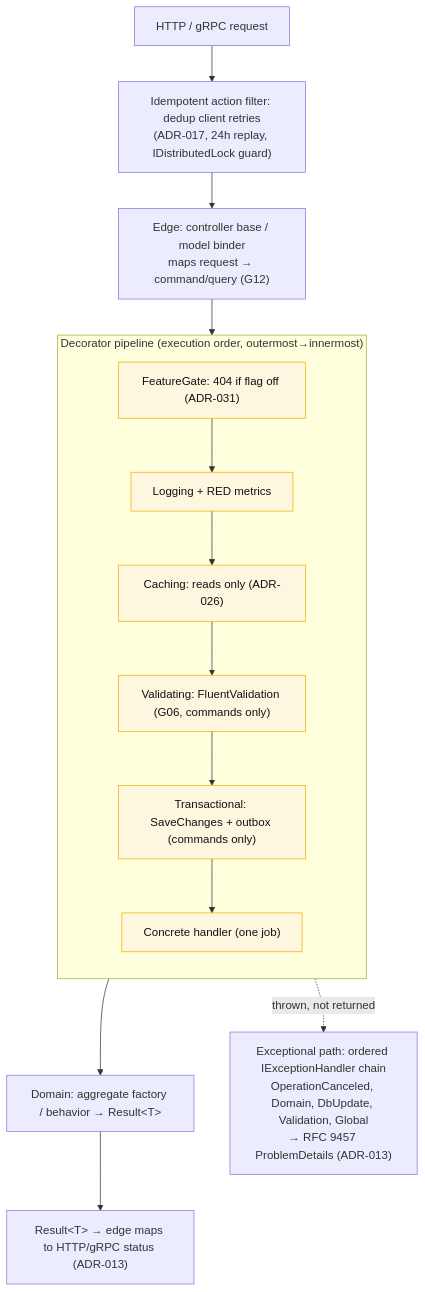
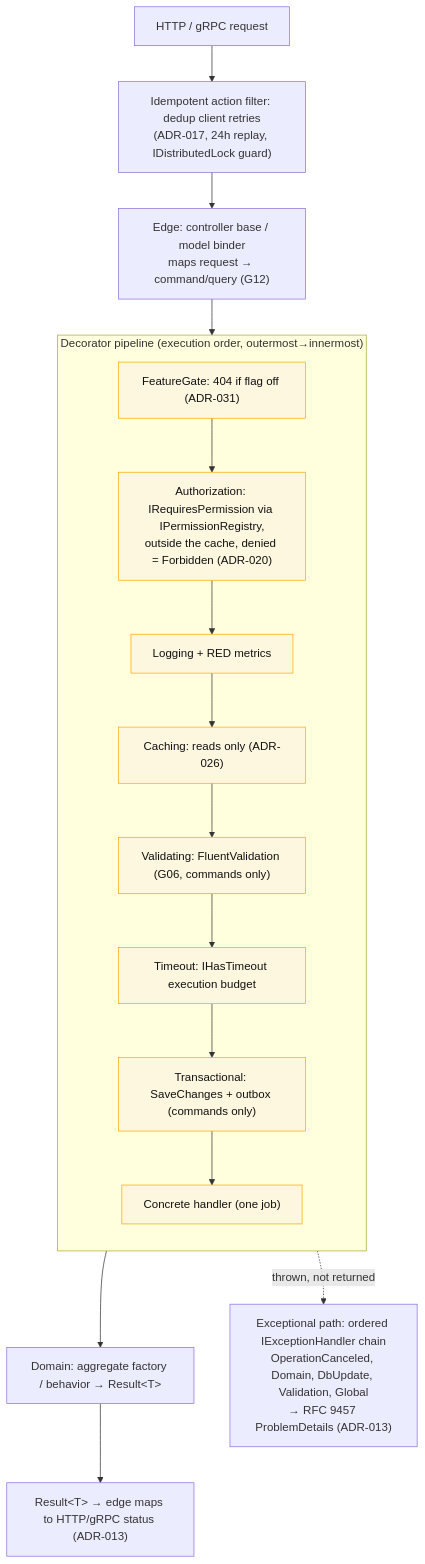
One commit to ivanball/ivanball.github.io changed the fifth of 15 diagrams in docs-src/onboarding/CONCEPT-MAPS.md. Above: the diagram before and after it, drawn with Mermaid. The commit also changed other lines of this file and 3 other files, not shown here.

````diff
--- a/docs-src/onboarding/CONCEPT-MAPS.md
+++ b/docs-src/onboarding/CONCEPT-MAPS.md
@@ -292,27 +296,29 @@
 ```mermaid
 flowchart TD
     HTTP["HTTP / gRPC request"]
     EDGE["Edge: controller base / model binder<br/>maps request → command/query (G12)"]
     IDEMP["Idempotent action filter: dedup client retries<br/>(ADR-017, 24h replay, IDistributedLock guard)"]
 
     subgraph PIPELINE["Decorator pipeline (execution order, outermost→innermost)"]
         direction TB
         FG["FeatureGate: 404 if flag off (ADR-031)"]
+        AZ["Authorization: IRequiresPermission via IPermissionRegistry,<br/>outside the cache, denied = Forbidden (ADR-020)"]
         LOG["Logging + RED metrics"]
         CA["Caching: reads only (ADR-026)"]
         VA["Validating: FluentValidation (G06, commands only)"]
+        TO["Timeout: IHasTimeout execution budget"]
         TX["Transactional: SaveChanges + outbox (commands only)"]
         H["Concrete handler (one job)"]
     end
 
     DOMAIN["Domain: aggregate factory / behavior → Result&lt;T&gt;"]
     RESP["Result&lt;T&gt; → edge maps to HTTP/gRPC status (ADR-013)"]
     EXC["Exceptional path: ordered IExceptionHandler chain<br/>OperationCanceled, Domain, DbUpdate, Validation, Global<br/>→ RFC 9457 ProblemDetails (ADR-013)"]
 
-    HTTP --> IDEMP --> EDGE --> FG --> LOG --> CA --> VA --> TX --> H --> DOMAIN
+    HTTP --> IDEMP --> EDGE --> FG --> AZ --> LOG --> CA --> VA --> TO --> TX --> H --> DOMAIN
     DOMAIN --> RESP
     H -.->|"thrown, not returned"| EXC
 
     classDef dec fill:#fef7e0,stroke:#f9ab00,color:#111
-    class FG,LOG,CA,VA,TX,H dec
+    class FG,AZ,LOG,CA,VA,TO,TX,H dec
 ```
````
